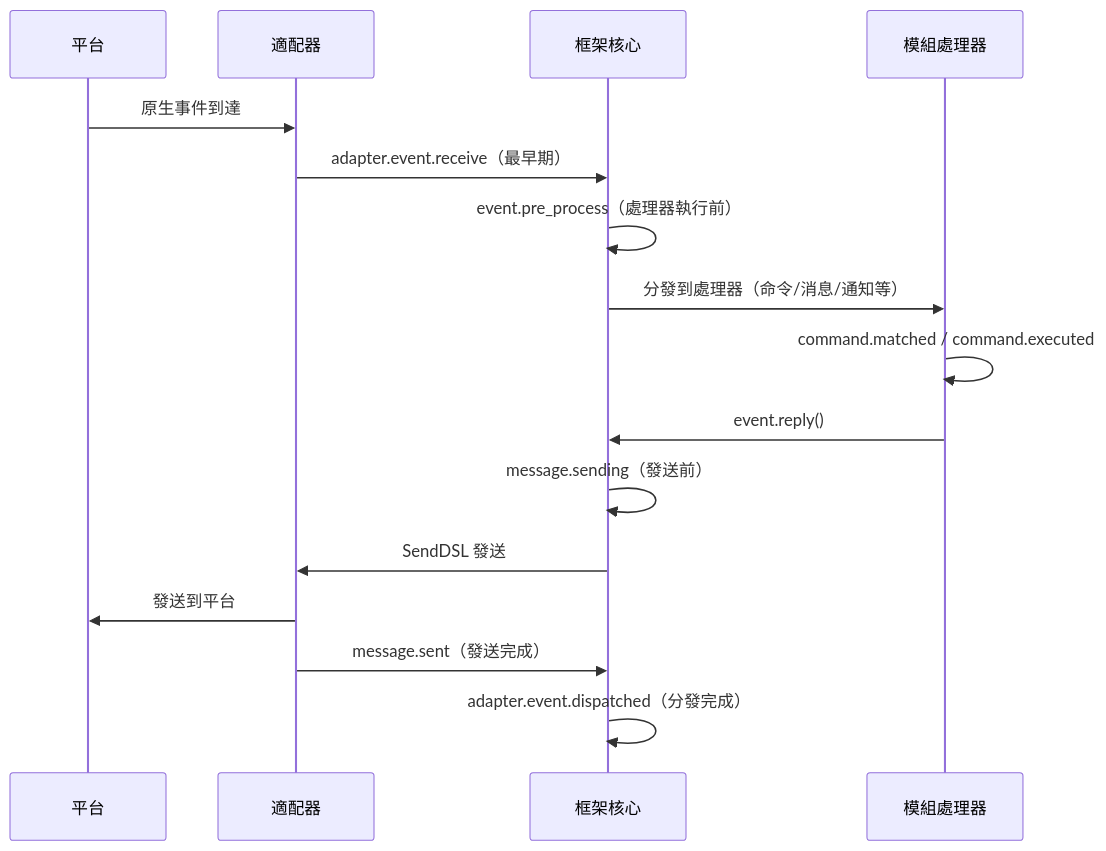
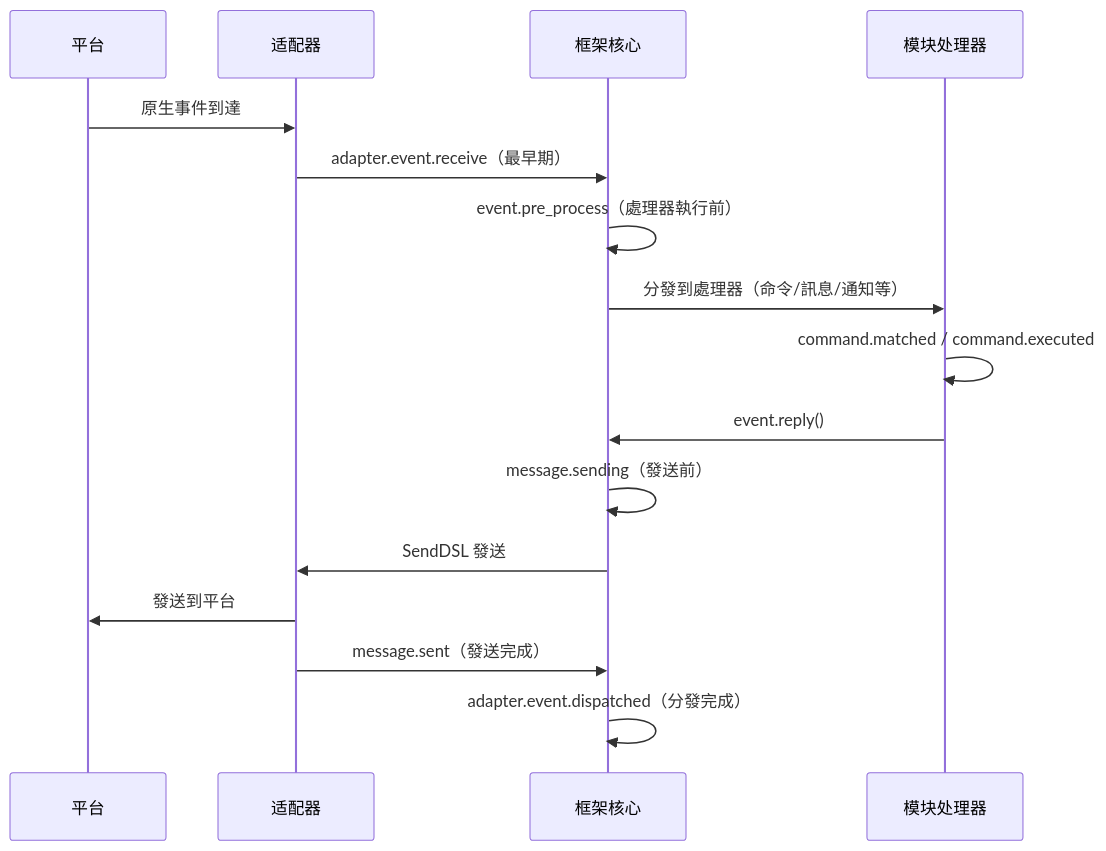
The diagram in docs/zh-TW/advanced/lifecycle.md (ErisPulse/ErisPulse), drawn with Mermaid before and after one commit. The commit also changed other lines of this file and 622 other files, not shown here.

````diff
--- a/docs/zh-TW/advanced/lifecycle.md
+++ b/docs/zh-TW/advanced/lifecycle.md
@@ -93,19 +93,19 @@
 ```mermaid
 sequenceDiagram
     participant P as 平台
-    participant A as 適配器
+    participant A as 适配器
     participant F as 框架核心
-    participant M as 模組處理器
+    participant M as 模块处理器
 
     P->>A: 原生事件到達
     A->>F: adapter.event.receive（最早期）
     F->>F: event.pre_process（處理器執行前）
-    F->>M: 分發到處理器（命令/消息/通知等）
+    F->>M: 分發到處理器（命令/訊息/通知等）
     M->>M: command.matched / command.executed
     M->>F: event.reply()
     F->>F: message.sending（發送前）
     F->>A: SendDSL 發送
     A->>P: 發送到平台
     A->>F: message.sent（發送完成）
     F->>F: adapter.event.dispatched（分發完成）
 ```
````
